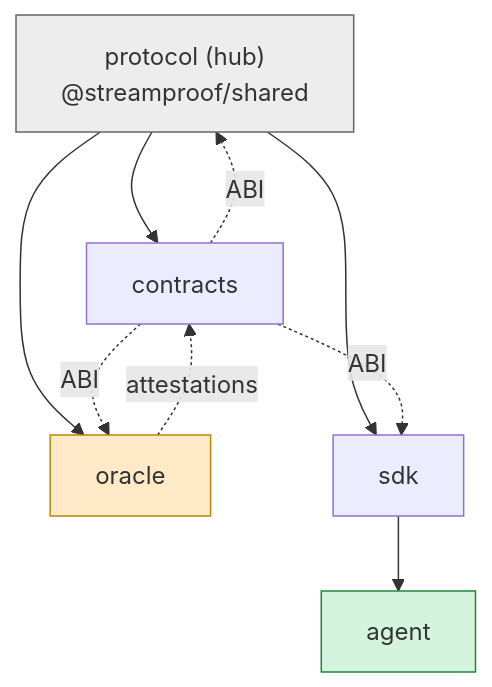
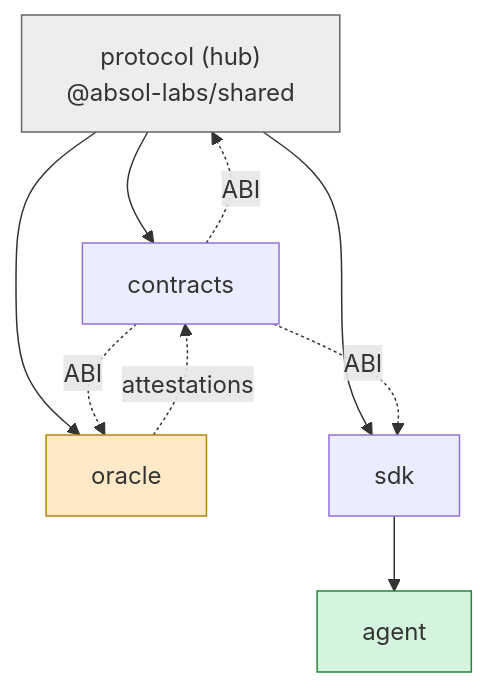
One commit to Absol-Labs/.github changed the diagram in ROADMAP.md. Above: the diagram before and after it, drawn with Mermaid. The commit also changed other lines of this file and 5 other files, not shown here.

Commit message:
docs: shared package published as @absol-labs/shared (scope must match org)

````diff
--- a/ROADMAP.md
+++ b/ROADMAP.md
@@ -8,14 +8,14 @@
 ```mermaid
 flowchart TD
-    P["protocol (hub)<br/>@streamproof/shared"] --> C[contracts]
+    P["protocol (hub)<br/>@absol-labs/shared"] --> C[contracts]
     P --> O[oracle]
     P --> S[sdk]
     C -. ABI .-> P
     C -. ABI .-> O
     C -. ABI .-> S
     S --> A[agent]
     O -. attestations .-> C
     style P fill:#ededed,stroke:#666
     style O fill:#ffe9c7,stroke:#b8860b
     style A fill:#d4f4dd,stroke:#1f883d
 ```
````
